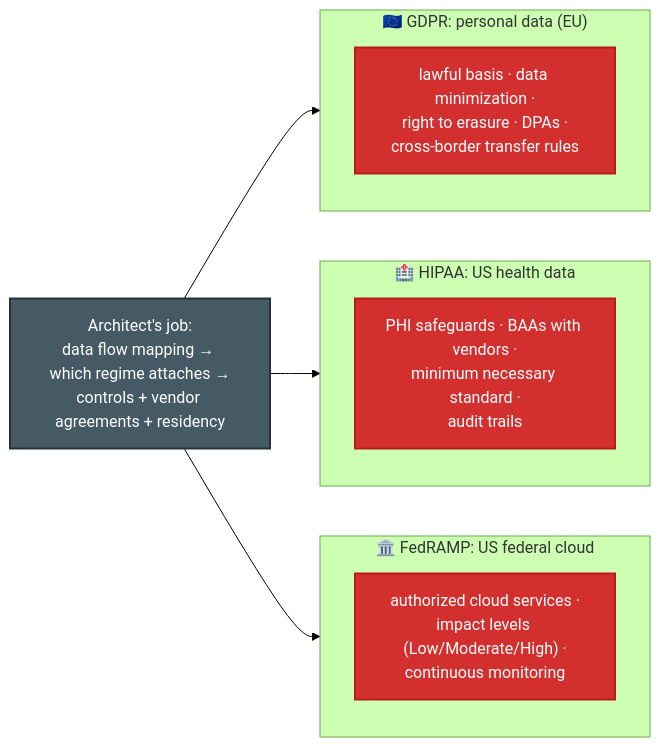
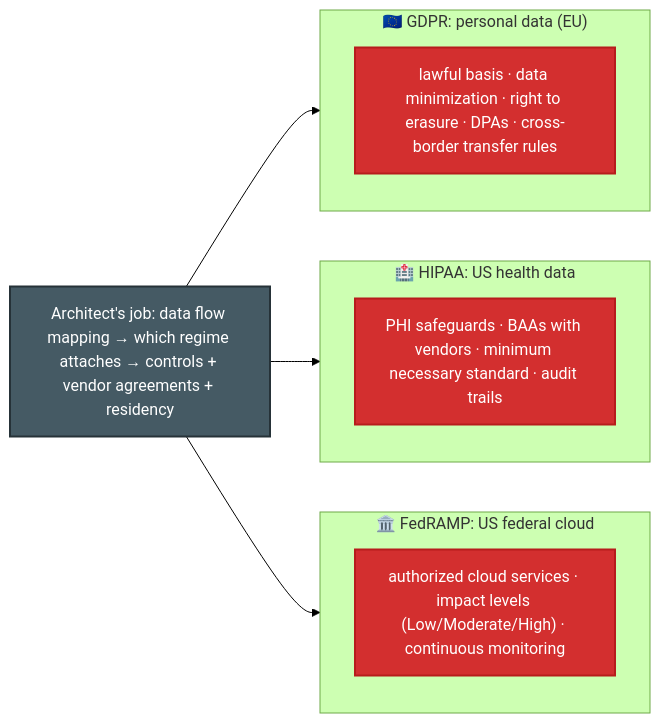
One commit to parmar-m/claude-architect-certification-prep changed the second of 3 diagrams in CCA-P/domains/d5-governance-safety-risk.md. Above: the diagram before and after it, drawn with Mermaid (forest theme). The commit also changed other lines of this file and 25 other files, not shown here.

````diff
--- a/CCA-P/domains/d5-governance-safety-risk.md
+++ b/CCA-P/domains/d5-governance-safety-risk.md
@@ -49,17 +49,17 @@
 ```mermaid
 flowchart LR
     subgraph GDPR["🇪🇺 GDPR: personal data (EU)"]
-        G1["lawful basis · data minimization ·<br/>right to erasure · DPAs ·<br/>cross-border transfer rules"]
+        G1["lawful basis · data minimization · right to erasure · DPAs · cross-border transfer rules"]
     end
     subgraph HIPAA["🏥 HIPAA: US health data"]
-        H1["PHI safeguards · BAAs with vendors ·<br/>minimum necessary standard ·<br/>audit trails"]
+        H1["PHI safeguards · BAAs with vendors · minimum necessary standard · audit trails"]
     end
     subgraph FED["🏛️ FedRAMP: US federal cloud"]
-        F1["authorized cloud services ·<br/>impact levels (Low/Moderate/High) ·<br/>continuous monitoring"]
+        F1["authorized cloud services · impact levels (Low/Moderate/High) · continuous monitoring"]
     end
-    ARCH["Architect's job:<br/>data flow mapping → which regime attaches →<br/>controls + vendor agreements + residency"] --> GDPR & HIPAA & FED
+    ARCH["Architect's job: data flow mapping → which regime attaches → controls + vendor agreements + residency"] --> GDPR & HIPAA & FED
     classDef reg fill:#D32F2F,color:#fff,stroke:#B71C1C,stroke-width:2px
     classDef n fill:#455A64,color:#fff,stroke:#263238,stroke-width:2px
     class G1,H1,F1 reg
     class ARCH n
 ```
````
